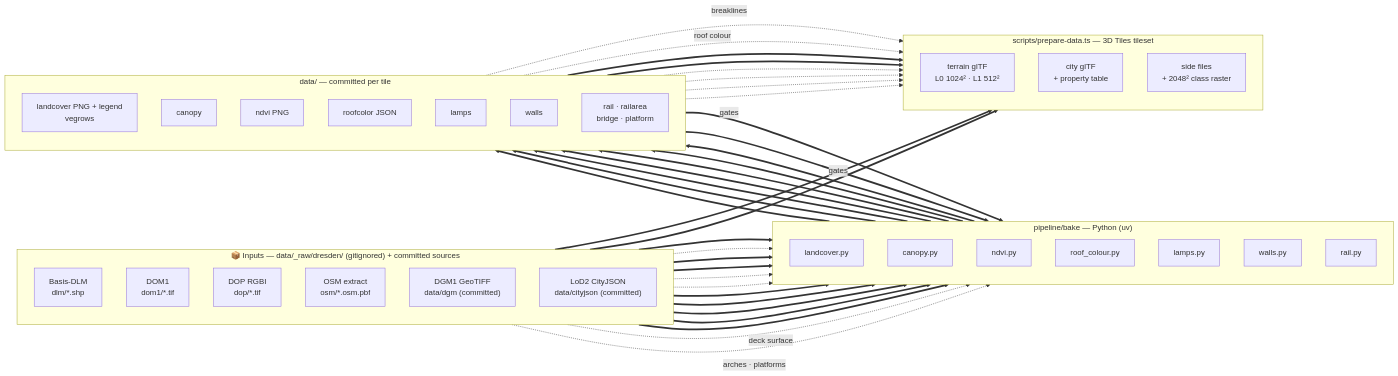
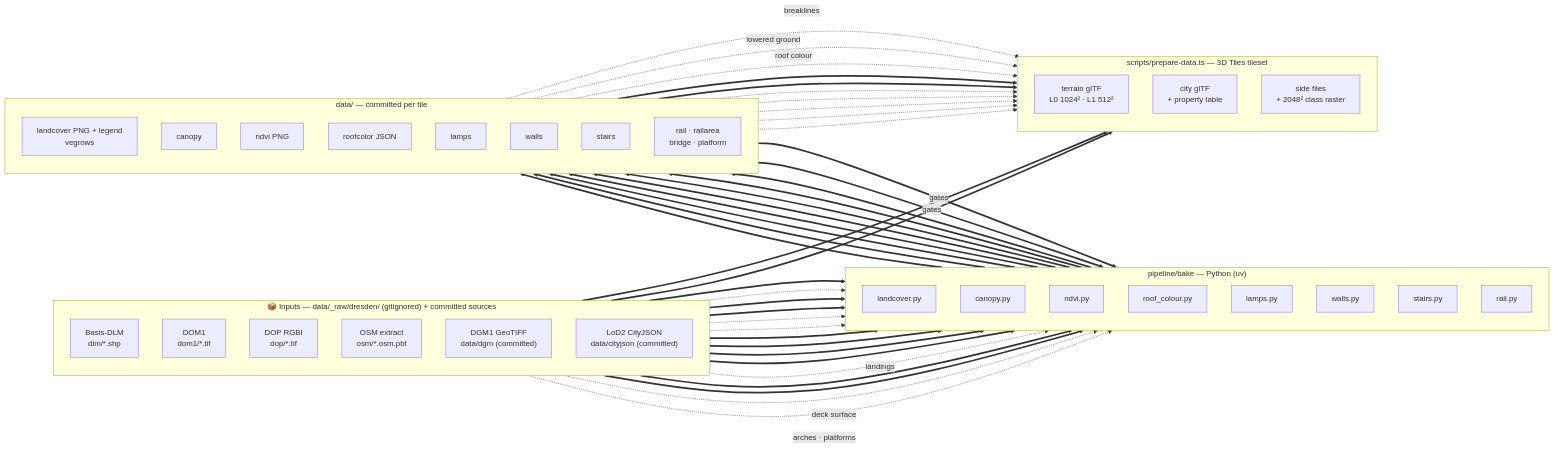
One commit to mdugue/bridge changed the second of 2 diagrams in docs/data-flow.md. Above: the diagram before and after it, drawn with Mermaid. The commit also changed other lines of this file and 43 other files, not shown here.

First line of the commit message:
feat(stairs): OSM steps as real flights over a lowered terrain

````diff
--- a/docs/data-flow.md
+++ b/docs/data-flow.md
@@ -147,71 +152,77 @@
 ```mermaid
 flowchart LR
   subgraph IN["📦 Inputs — data/_raw/dresden/ (gitignored) + committed sources"]
     direction TB
     iDLM["Basis-DLM<br/>dlm/*.shp"]
     iDOM["DOM1<br/>dom1/*.tif"]
     iDOP["DOP RGBI<br/>dop/*.tif"]
     iOSM["OSM extract<br/>osm/*.osm.pbf"]
     iDGM["DGM1 GeoTIFF<br/>data/dgm (committed)"]
     iCJ["LoD2 CityJSON<br/>data/cityjson (committed)"]
   end
 
   subgraph PY["pipeline/bake — Python (uv)"]
     direction TB
     bLC["landcover.py"]
     bCAN["canopy.py"]
     bNDVI["ndvi.py"]
     bROOF["roof_colour.py"]
     bLAMP["lamps.py"]
     bWALL["walls.py"]
+    bSTR["stairs.py"]
     bRAIL["rail.py"]
   end
 
   subgraph DATA["data/ — committed per tile"]
     direction TB
     dCLS["landcover PNG + legend<br/>vegrows"]
     dCAN["canopy"]
     dNDVI["ndvi PNG"]
     dROOF["roofcolor JSON"]
     dLAMP["lamps"]
     dWALL["walls"]
+    dSTR["stairs"]
     dRAIL["rail · railarea<br/>bridge · platform"]
   end
 
   subgraph TS["scripts/prepare-data.ts — 3D Tiles tileset"]
     direction TB
     tTER["terrain glTF<br/>L0 1024² · L1 512²"]
     tCITY["city glTF<br/>+ property table"]
     tSIDE["side files<br/>+ 2048² class raster"]
   end
 
   iDLM ==> bLC ==> dCLS
   iDOM -.-> bCAN
   iDGM ==> bCAN
   iDLM ==> bCAN
   dCLS ==>|gates| bCAN
   bCAN ==> dCAN
   iDOP -.-> bNDVI ==> dNDVI
   iDOP -.-> bROOF
   iCJ ==> bROOF ==> dROOF
   iOSM ==> bLAMP
   dCLS ==>|gates| bLAMP
   bLAMP ==> dLAMP
   iOSM ==> bWALL ==> dWALL
+  iOSM ==> bSTR ==> dSTR
+  iDGM -. "landings" .-> bSTR
   iDLM ==> bRAIL
   iDGM ==> bRAIL
   iDOM -. "deck surface" .-> bRAIL
   iOSM -. "arches · platforms" .-> bRAIL
   bRAIL ==> dRAIL
 
   iDGM ==> tTER
   dWALL -. breaklines .-> tTER
+  dSTR -. "lowered ground" .-> tTER
   iCJ ==> tCITY
   dROOF -. "roof colour" .-> tCITY
   dCLS ==> tSIDE
   dCAN ==> tSIDE
   dNDVI -.-> tSIDE
   dLAMP -.-> tSIDE
   dWALL -.-> tSIDE
+  dSTR -.-> tSIDE
   dRAIL -.-> tSIDE
 ```
````
